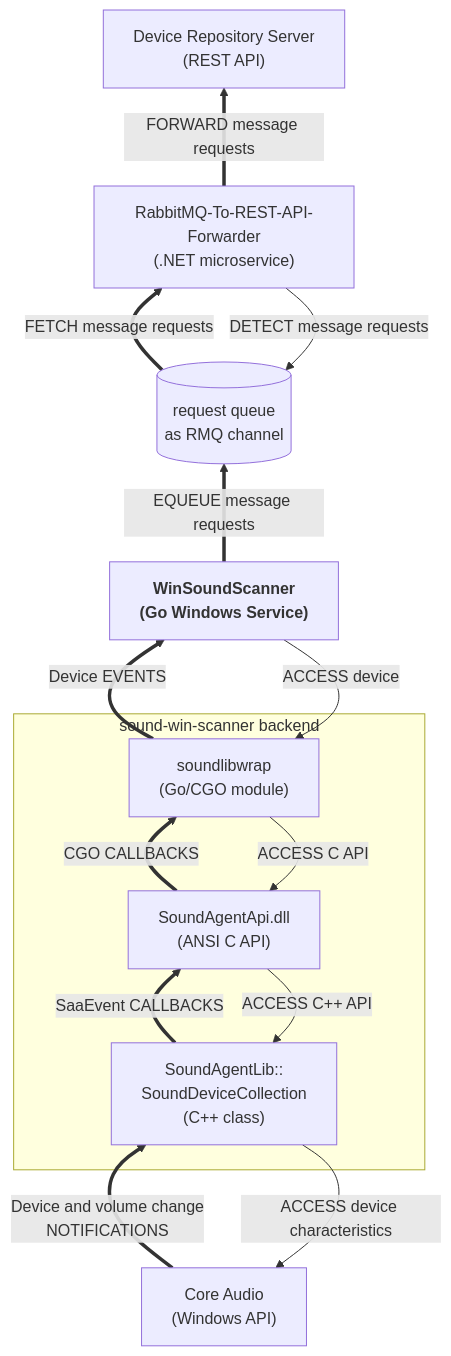
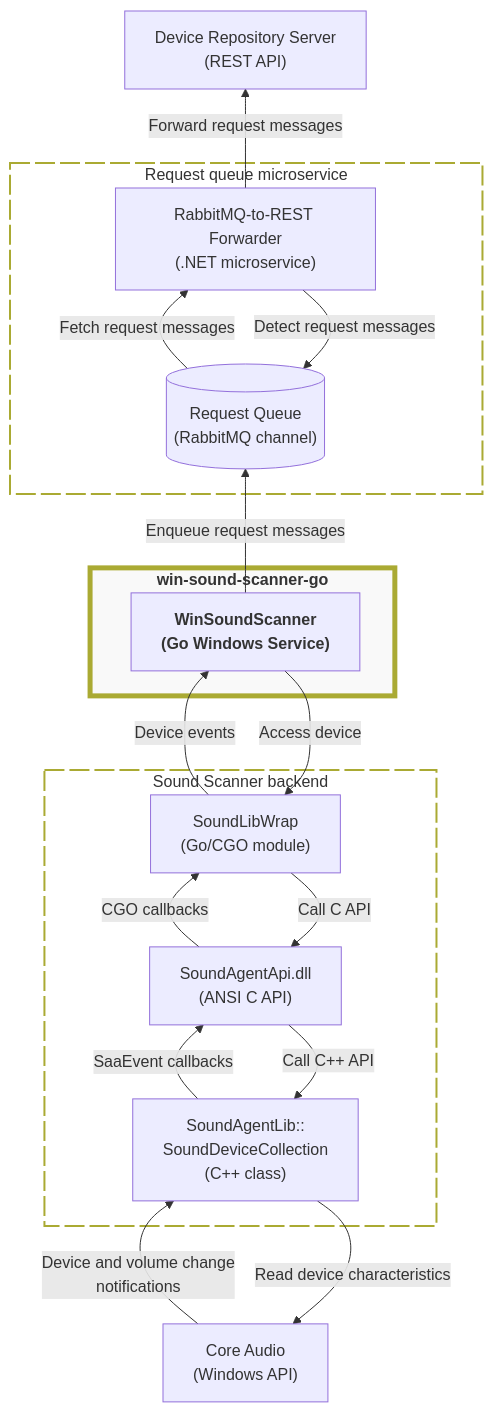
One commit to collect-sound-devices/win-sound-scanner-go changed the diagram in README.md. Above: the diagram before and after it, drawn with Mermaid.

Commit message:
Correct mermaid diagram in README

````diff
--- a/README.md
+++ b/README.md
@@ -7,35 +7,46 @@
 ```mermaid
 flowchart BT
 
-WIN["Core Audio<br>(Windows API)"]
+classDef dottedBox fill:transparent,fill-opacity:0.55, stroke-dasharray:20 5,stroke-width:2px;
+classDef stressedBox fill:#f0f0f0,fill-opacity:0.4,stroke-width:5px;
 
-subgraph BCK["sound-win-scanner backend"]
-WRAP["soundlibwrap<br>(Go/CGO module)"]
-DLL["SoundAgentApi.dll<br>(ANSI C API)"]
-LIB["SoundAgentLib::<br>SoundDeviceCollection<br>(C++ class)"]
+coreAudioApi["Core Audio<br>(Windows API)"]
+
+subgraph scannerBackend["Sound Scanner backend"]
+    goCgoWrapper["SoundLibWrap<br>(Go/CGO module)"]
+    soundAgentApiDll["SoundAgentApi.dll<br>(ANSI C API)"]
+    soundDeviceCollection["SoundAgentLib::<br>SoundDeviceCollection<br>(C++ class)"]
 end
+class scannerBackend dottedBox
 
-WIN ==> |Device and volume change<br>NOTIFICATIONS| LIB
-LIB --> |ACCESS device characteristics| WIN
+coreAudioApi -->|Device and volume change<br>notifications| soundDeviceCollection
+soundDeviceCollection --> |Read device characteristics| coreAudioApi
 
-APP["<b>WinSoundScanner<br>(Go Windows Service)</b>"]
-CHAN[("request queue<br>as RMQ channel")]
-FWD["RabbitMQ-To-REST-API-Forwarder<br>(.NET microservice)"]
-API["Device Repository Server<br>(REST API)"]
+subgraph scannerService["<b>win-sound-scanner-go</b>"]
+    winSoundScannerService["<b>WinSoundScanner<br>(Go Windows Service)</b>"]
+end
+class scannerService stressedBox
 
-APP --> |ACCESS device| WRAP
-WRAP ==> |Device EVENTS| APP
+subgraph requestQueueMicroservice["Request queue microservice"]
+    requestQueue[("Request Queue<br>(RabbitMQ channel)")]
+    rabbitMqRestForwarder["RabbitMQ-to-REST Forwarder<br>(.NET microservice)"]
+end
+class requestQueueMicroservice dottedBox
 
-WRAP --> |ACCESS C API| DLL
-DLL --> |ACCESS C++ API| LIB
+deviceRepositoryApi["Device Repository Server<br>(REST API)"]
 
-LIB ==>|SaaEvent CALLBACKS| DLL
-DLL ==>|CGO CALLBACKS| WRAP
+winSoundScannerService --> |Access device| goCgoWrapper
+goCgoWrapper -->|Device events| winSoundScannerService
 
-APP ==> |EQUEUE message requests| CHAN
+goCgoWrapper --> |Call C API| soundAgentApiDll
+soundAgentApiDll --> |Call C++ API| soundDeviceCollection
 
-CHAN ==> |FETCH message requests| FWD
-FWD --> |DETECT message requests| CHAN
+soundDeviceCollection -->|SaaEvent callbacks| soundAgentApiDll
+soundAgentApiDll -->|CGO callbacks| goCgoWrapper
 
-FWD ==> |FORWARD message requests| API
+winSoundScannerService -->|Enqueue request messages| requestQueue
+
+requestQueue -->|Fetch request messages| rabbitMqRestForwarder
+rabbitMqRestForwarder --> |Detect request messages| requestQueue
+rabbitMqRestForwarder -->|Forward request messages| deviceRepositoryApi
 ```
````
